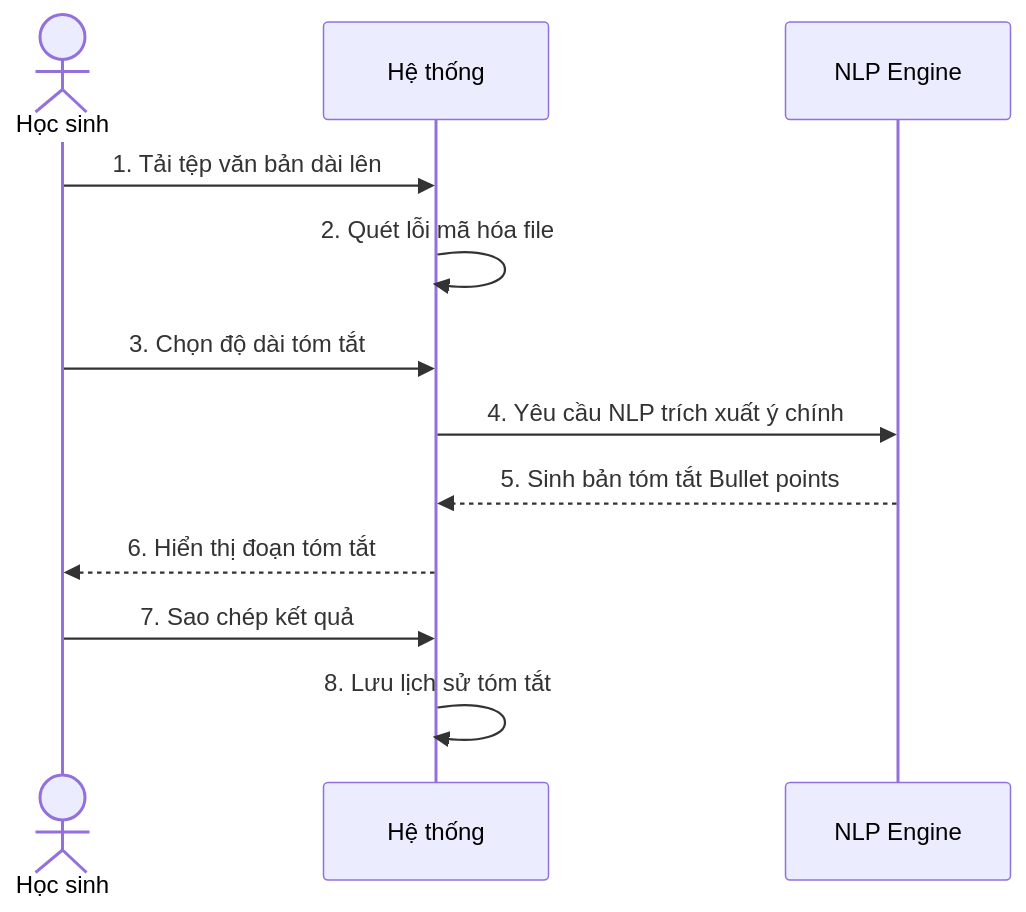
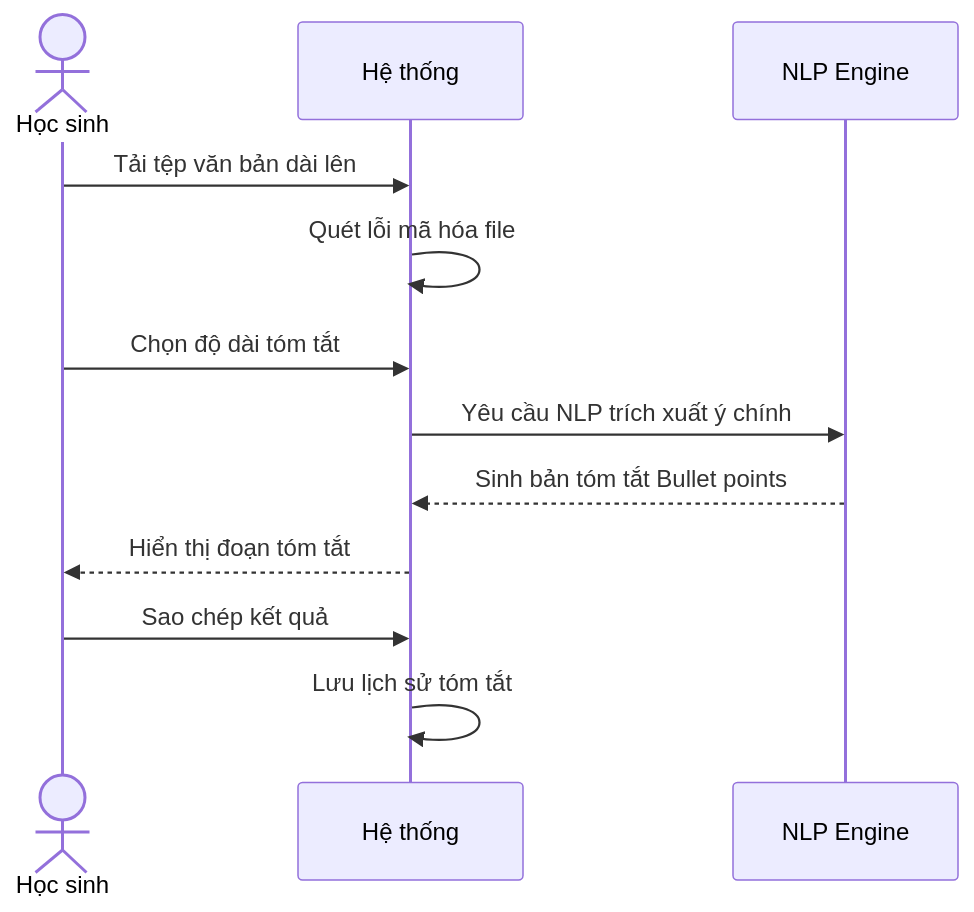
One commit to Cong-ty-TNNH-Q-Tech/Q-School changed the seventh of 8 diagrams in docs/nhom_5_magicstudent.md. Above: the diagram before and after it, drawn with Mermaid. The commit also changed other lines of this file and 5 other files, not shown here.

Commit message:
docs: refine sequence diagrams logical flow and remove step numbers

````diff
--- a/docs/nhom_5_magicstudent.md
+++ b/docs/nhom_5_magicstudent.md
@@ -227,15 +227,15 @@
 ```mermaid
 sequenceDiagram
     actor HS as Học sinh
     participant HT as Hệ thống
     participant AI as NLP Engine
 
-    HS->>HT: 1. Tải tệp văn bản dài lên
-    HT->>HT: 2. Quét lỗi mã hóa file
-    HS->>HT: 3. Chọn độ dài tóm tắt
-    HT->>AI: 4. Yêu cầu NLP trích xuất ý chính
-    AI-->>HT: 5. Sinh bản tóm tắt Bullet points
-    HT-->>HS: 6. Hiển thị đoạn tóm tắt
-    HS->>HT: 7. Sao chép kết quả
-    HT->>HT: 8. Lưu lịch sử tóm tắt
+    HS->>HT: Tải tệp văn bản dài lên
+    HT->>HT: Quét lỗi mã hóa file
+    HS->>HT: Chọn độ dài tóm tắt
+    HT->>AI: Yêu cầu NLP trích xuất ý chính
+    AI-->>HT: Sinh bản tóm tắt Bullet points
+    HT-->>HS: Hiển thị đoạn tóm tắt
+    HS->>HT: Sao chép kết quả
+    HT->>HT: Lưu lịch sử tóm tắt
 ```
````
